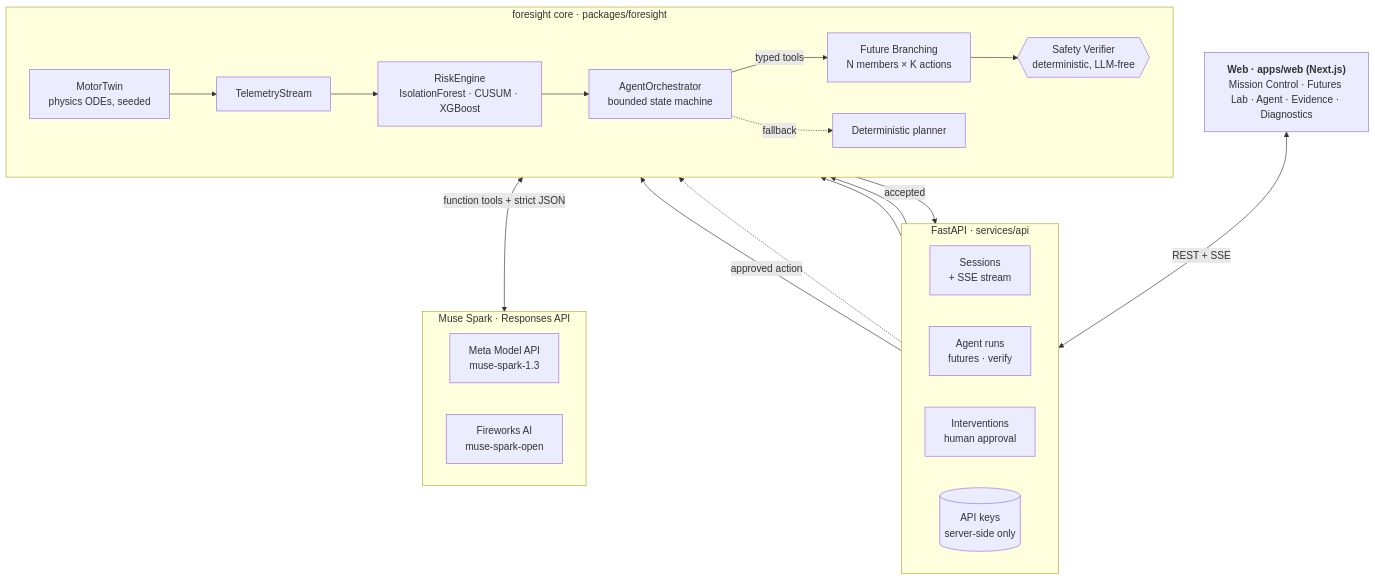
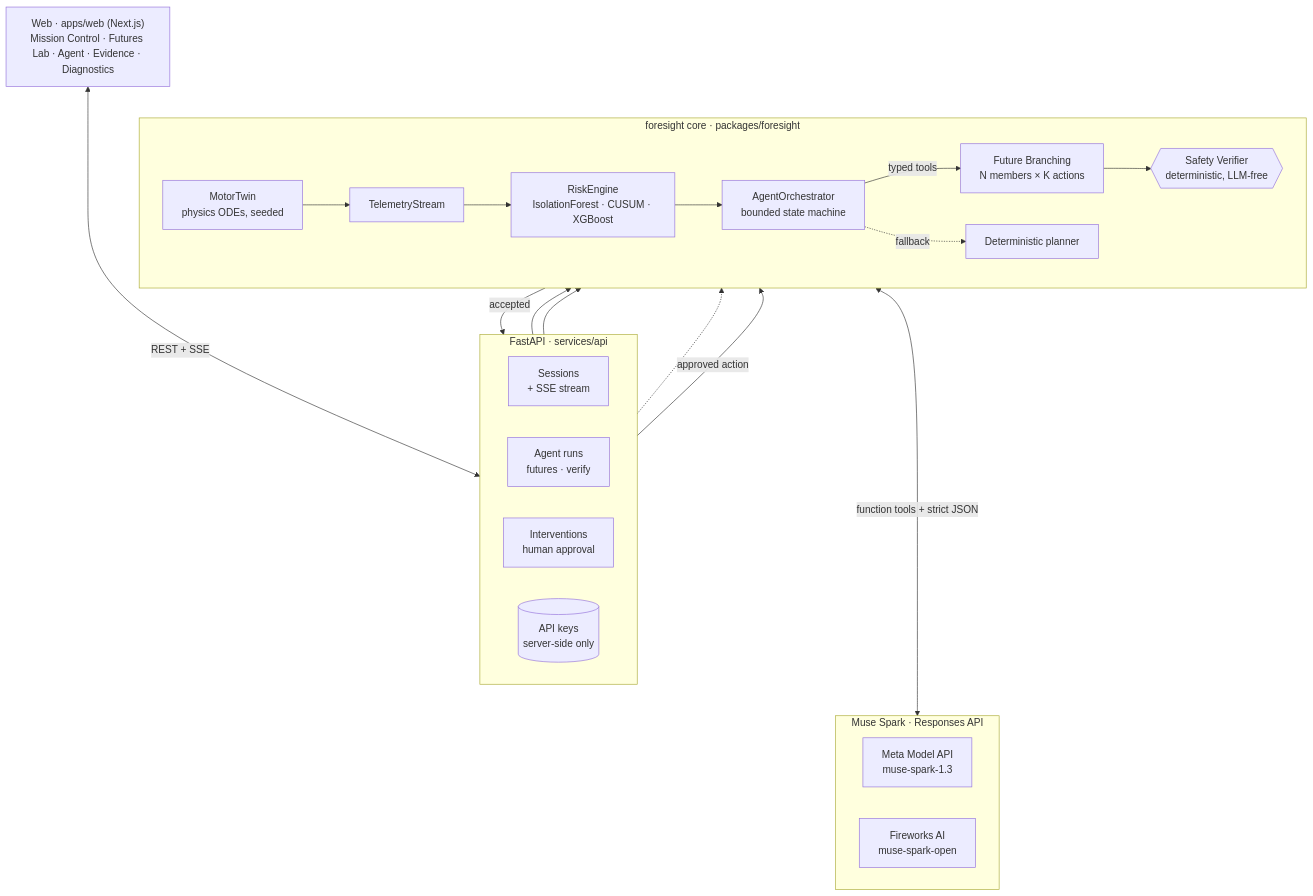
One commit to leninathikam/Foresight-AI changed the first of 5 diagrams in docs/architecture.md. Above: the diagram before and after it, drawn with Mermaid. The commit also changed other lines of this file and 9 other files, not shown here.

Commit message:
docs: fix LaTeX math delimiters, Mermaid syntax, and relative links

````diff
--- a/docs/architecture.md
+++ b/docs/architecture.md
@@ -13,34 +13,34 @@
 ```mermaid
 flowchart TB
-    WEB["<b>Web · apps/web (Next.js)</b><br/>Mission Control · Futures Lab · Agent · Evidence · Diagnostics"]
+    WEB["Web · apps/web (Next.js)<br/>Mission Control · Futures Lab · Agent · Evidence · Diagnostics"]
 
     subgraph API["FastAPI · services/api"]
         direction LR
         SS["Sessions<br/>+ SSE stream"]
         RUN["Agent runs<br/>futures · verify"]
         AP["Interventions<br/>human approval"]
         KEYS[("API keys<br/>server-side only")]
     end
 
     subgraph Core["foresight core · packages/foresight"]
         direction LR
         TW["MotorTwin<br/>physics ODEs, seeded"] --> TE["TelemetryStream"] --> RE["RiskEngine<br/>IsolationForest · CUSUM · XGBoost"]
-        OR["AgentOrchestrator<br/>bounded state machine"] -- "typed tools" --> FB["Future Branching<br/>N members × K actions"] --> VF{{"Safety Verifier<br/>deterministic, LLM-free"}}
+        OR["AgentOrchestrator<br/>bounded state machine"] -->|"typed tools"| FB["Future Branching<br/>N members × K actions"] --> VF{{"Safety Verifier<br/>deterministic, LLM-free"}}
         RE --> OR
-        OR -. "fallback" .-> PL["Deterministic planner"]
+        OR -.->|fallback| PL["Deterministic planner"]
     end
 
     subgraph LLM["Muse Spark · Responses API"]
         direction LR
         META["Meta Model API<br/>muse-spark-1.3"]
         FW["Fireworks AI<br/>muse-spark-open"]
     end
 
-    WEB <-->|"REST + SSE"| API
+    WEB <--->|"REST + SSE"| API
     SS --> TW
     RUN --> OR
     KEYS -.-> OR
-    OR <-->|"function tools + strict JSON"| LLM
-    VF -- "accepted" --> AP
-    AP -- "approved action" --> TW
+    OR <--->|"function tools + strict JSON"| LLM
+    VF -->|accepted| AP
+    AP -->|"approved action"| TW
 ```
````
